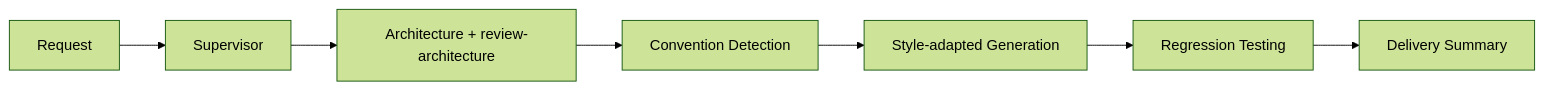
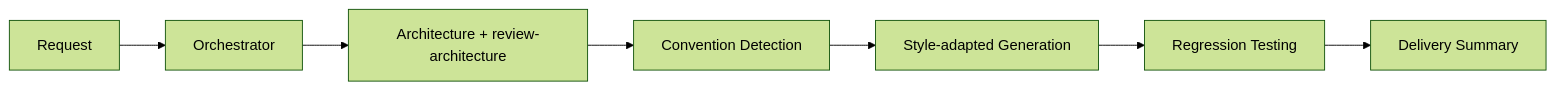
Before and after one commit to aashanashanu/spring-webflux-agent-customization: the third of 4 diagrams in docs/framework-architecture.md, drawn with Mermaid (forest theme). The commit also changed other lines of this file and 19 other files, not shown here.

````diff
--- a/docs/framework-architecture.md
+++ b/docs/framework-architecture.md
@@ -62,9 +62,9 @@
 ```mermaid
 flowchart LR
-    R[Request] --> S[Supervisor]
+    R[Request] --> S[Orchestrator]
     S --> A[Architecture + review-architecture]
     A --> C[Convention Detection]
     C --> X[Style-adapted Generation]
     X --> T[Regression Testing]
     T --> D[Delivery Summary]
 ```
````
